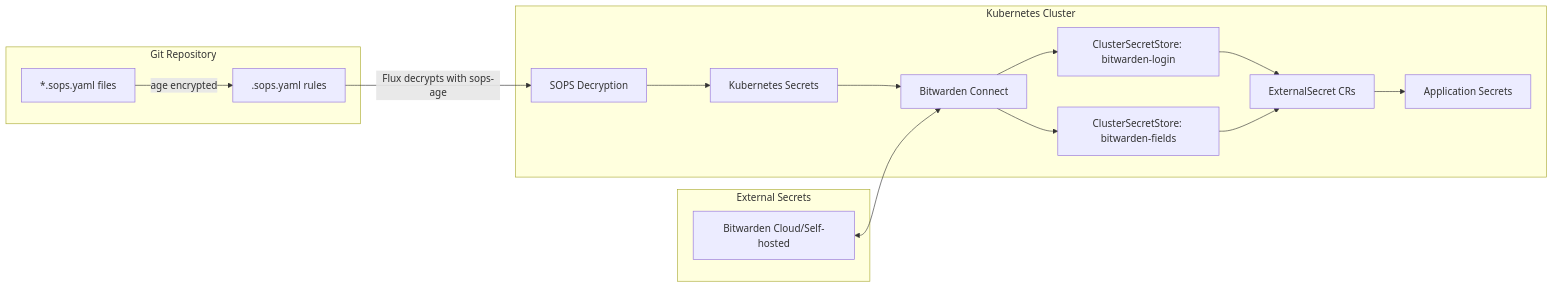
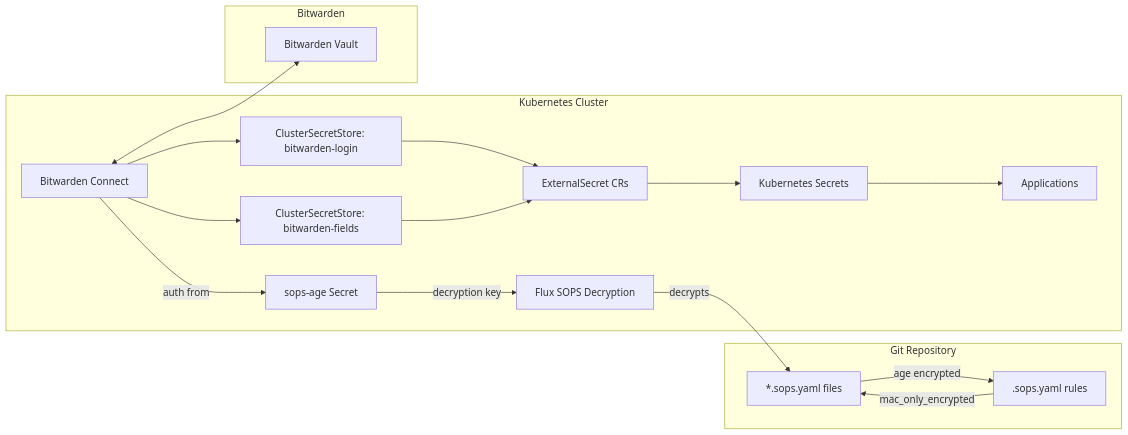
Before and after one commit to Tomyail/talos-cluster: the diagram in openwiki/concepts/secrets-management.md, drawn with Mermaid. The commit also changed other lines of this file and 23 other files, not shown here.

````diff
--- a/openwiki/concepts/secrets-management.md
+++ b/openwiki/concepts/secrets-management.md
@@ -51,32 +51,35 @@
 ```mermaid
 flowchart LR
     subgraph Git["Git Repository"]
         A["*.sops.yaml files"]
         B[".sops.yaml rules"]
     end
 
     subgraph K8s["Kubernetes Cluster"]
-        C["SOPS Decryption"]
-        D["Kubernetes Secrets"]
+        C["Flux SOPS Decryption"]
+        D["sops-age Secret"]
         E["Bitwarden Connect"]
         F["ClusterSecretStore: bitwarden-login"]
         G["ClusterSecretStore: bitwarden-fields"]
         H["ExternalSecret CRs"]
-        I["Application Secrets"]
+        I["Kubernetes Secrets"]
+        J["Applications"]
     end
 
-    subgraph External["External Secrets"]
-        J["Bitwarden Cloud/Self-hosted"]
+    subgraph External["Bitwarden"]
+        K["Bitwarden Vault"]
     end
 
     A -->|age encrypted| B
-    B -->|Flux decrypts with sops-age| C
-    C --> D
-    D --> E
+    D -->|decryption key| C
+    C -->|decrypts| A
+    E -->|auth from| D
     E --> F
     E --> G
     F --> H
     G --> H
     H --> I
-    J <--> E
+    I --> J
+    E <--> K
+    B -->|mac_only_encrypted| A
 ```
````
